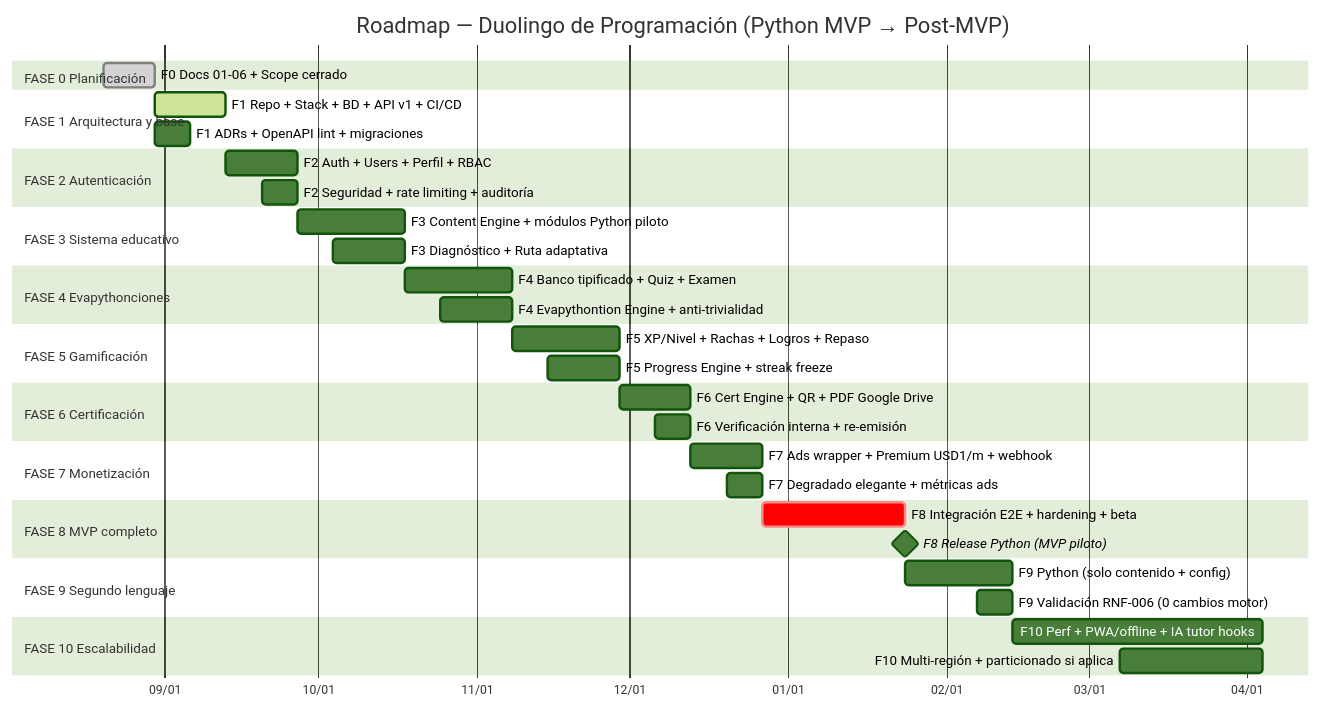
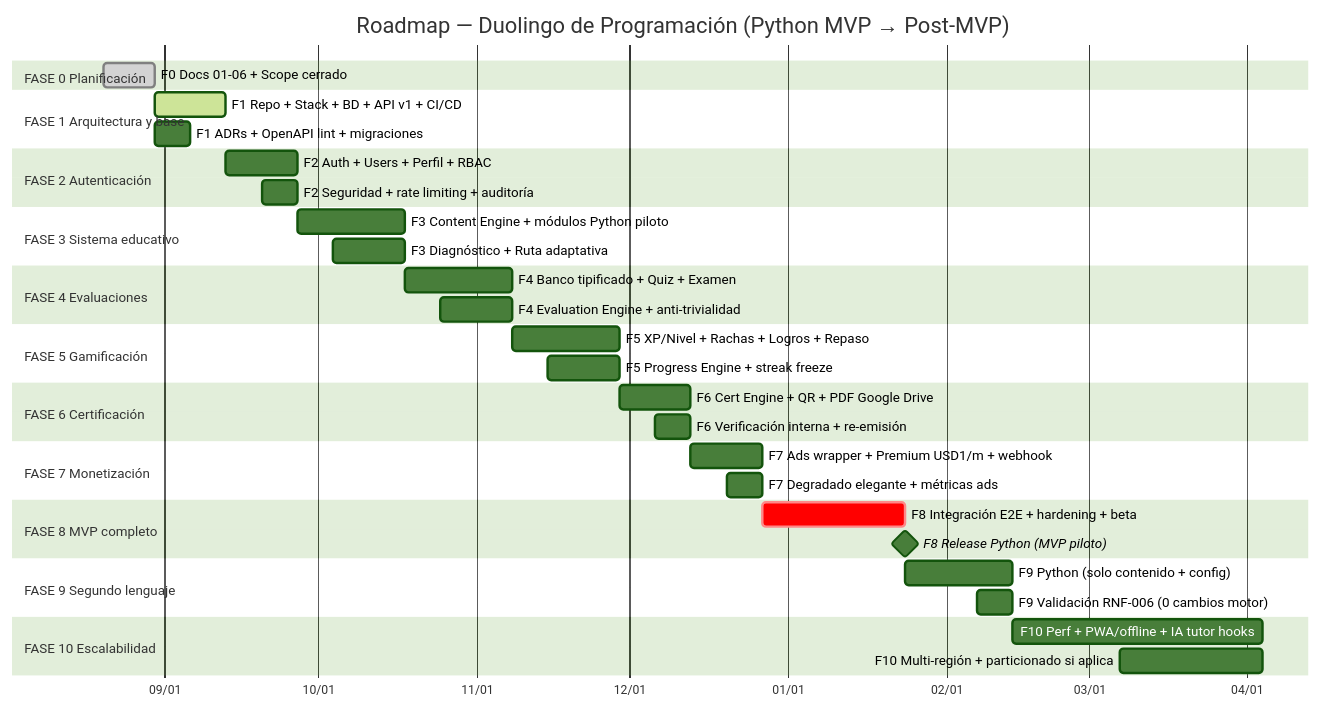
One commit to dypok/Koda changed the second of 2 diagrams in docs/01-producto-negocio/22_ROADMAP.md. Above: the diagram before and after it, drawn with Mermaid (forest theme). The commit also changed other lines of this file and 36 other files, not shown here.

````diff
--- a/docs/01-producto-negocio/22_ROADMAP.md
+++ b/docs/01-producto-negocio/22_ROADMAP.md
@@ -113,49 +113,49 @@
 ```mermaid
 gantt
     title Roadmap — Duolingo de Programación (Python MVP → Post-MVP)
     dateFormat  YYYY-MM-DD
     axisFormat  %m/%d
 
     section FASE 0 Planificación
     F0 Docs 01-06 + Scope cerrado           :done, f0, 2026-08-20, 2026-08-30
 
     section FASE 1 Arquitectura y base
     F1 Repo + Stack + BD + API v1 + CI/CD   :active, f1, 2026-08-30, 2026-09-13
     F1 ADRs + OpenAPI lint + migraciones    :f1b, 2026-08-30, 2026-09-06
 
     section FASE 2 Autenticación
     F2 Auth + Users + Perfil + RBAC         :f2, 2026-09-13, 2026-09-27
     F2 Seguridad + rate limiting + auditoría :f2b, 2026-09-20, 2026-09-27
 
     section FASE 3 Sistema educativo
     F3 Content Engine + módulos Python piloto   :f3, 2026-09-27, 2026-10-18
     F3 Diagnóstico + Ruta adaptativa         :f3b, 2026-10-04, 2026-10-18
 
-    section FASE 4 Evapythonciones
+    section FASE 4 Evaluaciones
     F4 Banco tipificado + Quiz + Examen      :f4, 2026-10-18, 2026-11-08
-    F4 Evapythontion Engine + anti-trivialidad  :f4b, 2026-10-25, 2026-11-08
+    F4 Evaluation Engine + anti-trivialidad  :f4b, 2026-10-25, 2026-11-08
 
     section FASE 5 Gamificación
     F5 XP/Nivel + Rachas + Logros + Repaso   :f5, 2026-11-08, 2026-11-29
     F5 Progress Engine + streak freeze       :f5b, 2026-11-15, 2026-11-29
 
     section FASE 6 Certificación
     F6 Cert Engine + QR + PDF Google Drive  :f6, 2026-11-29, 2026-12-13
     F6 Verificación interna + re-emisión     :f6b, 2026-12-06, 2026-12-13
 
     section FASE 7 Monetización
     F7 Ads wrapper + Premium USD1/m + webhook :f7, 2026-12-13, 2026-12-27
     F7 Degradado elegante + métricas ads     :f7b, 2026-12-20, 2026-12-27
 
     section FASE 8 MVP completo
     F8 Integración E2E + hardening + beta    :crit, f8, 2026-12-27, 2027-01-24
     F8 Release Python (MVP piloto)              :milestone, mvp, 2027-01-24, 0d
 
     section FASE 9 Segundo lenguaje
     F9 Python (solo contenido + config)      :f9, 2027-01-24, 2027-02-14
     F9 Validación RNF-006 (0 cambios motor)  :f9b, 2027-02-07, 2027-02-14
 
     section FASE 10 Escalabilidad
     F10 Perf + PWA/offline + IA tutor hooks  :f10, 2027-02-14, 2027-04-04
     F10 Multi-región + particionado si aplica: f10b, 2027-03-07, 2027-04-04
 ```
````
